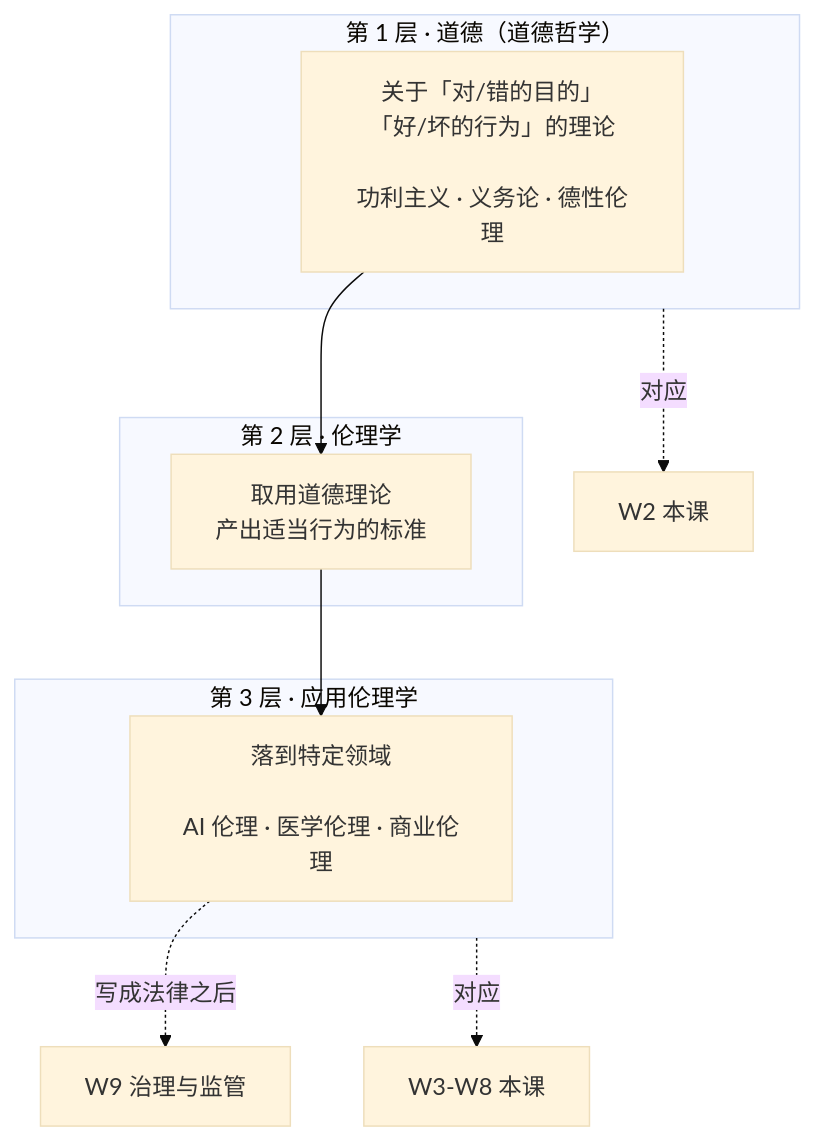
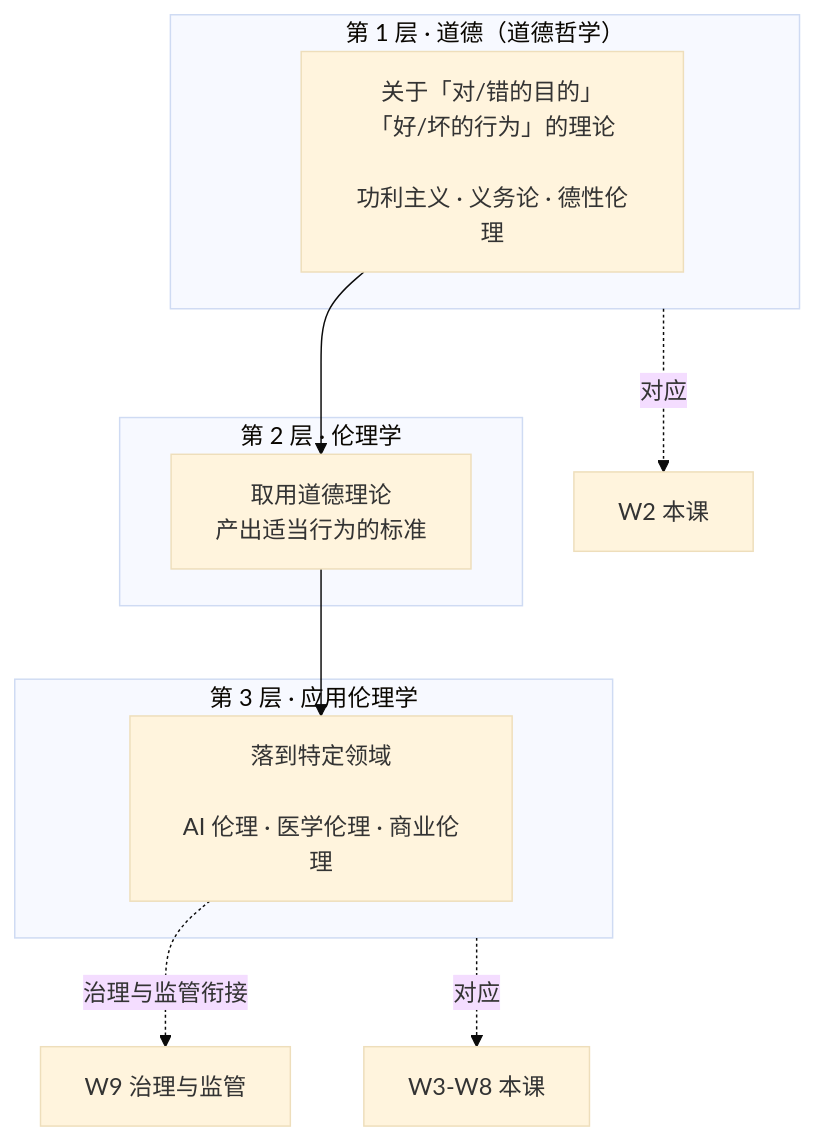
The seventh of 8 diagrams in IS5113_AI_Ethics_and_Regulations/notes/M01-导论-AI与伦理.md (CercaTrovato/cityu-ai-course-notes), drawn with Mermaid (base theme) before and after one commit. The commit also changed other lines of this file and 2300 other files, not shown here.

First line of the commit message:
完善五课程逐页学习笔记、课件原图与修补规范

````diff
--- a/IS5113_AI_Ethics_and_Regulations/notes/M01-导论-AI与伦理.md
+++ b/IS5113_AI_Ethics_and_Regulations/notes/M01-导论-AI与伦理.md
@@ -1977,16 +2385,16 @@
 ```mermaid
 flowchart TD
     subgraph L1["第 1 层 · 道德（道德哲学）"]
         M["关于「对/错的目的」<br/>「好/坏的行为」的理论<br/><br/>功利主义 · 义务论 · 德性伦理"]
     end
     subgraph L2["第 2 层 · 伦理学"]
         E["取用道德理论<br/>产出适当行为的标准"]
     end
     subgraph L3["第 3 层 · 应用伦理学"]
         AP["落到特定领域<br/><br/>AI 伦理 · 医学伦理 · 商业伦理"]
     end
     M --> E --> AP
     L1 -.对应.-> W2["W2 本课"]
     L3 -.对应.-> W38["W3-W8 本课"]
-    AP -.写成法律之后.-> W9["W9 治理与监管"]
+    AP -.治理与监管衔接.-> W9["W9 治理与监管"]
 ```
````
